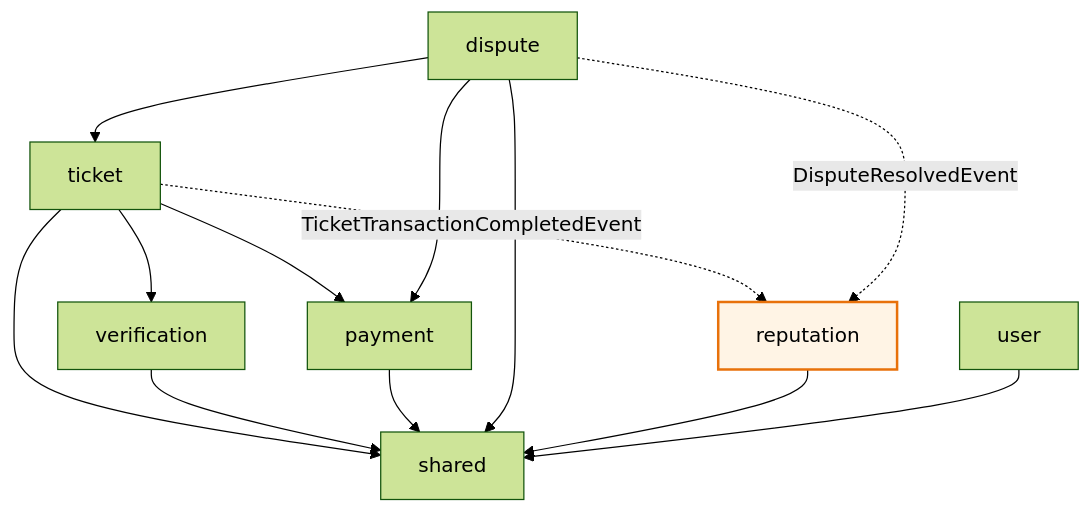
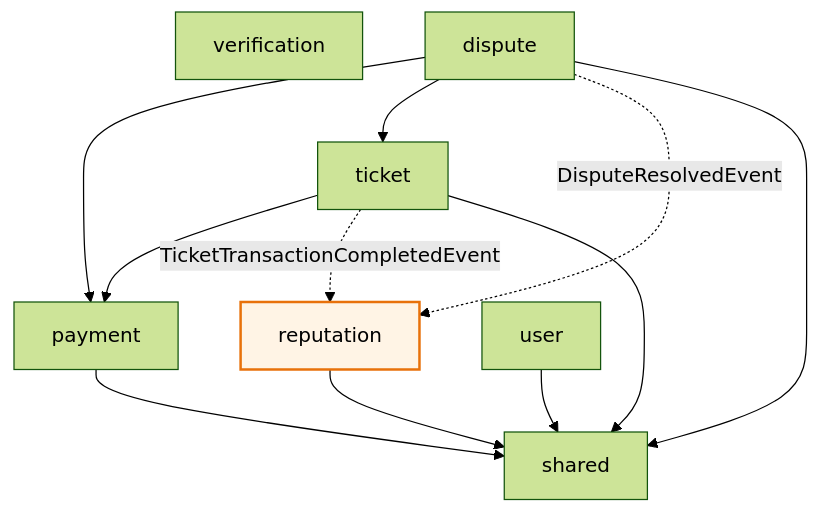
Before and after one commit to KemCheese/project_oop: the second of 2 diagrams in design-note/01-kien-truc-he-thong.md, drawn with Mermaid (forest theme). The commit also changed other lines of this file and 37 other files, not shown here.

````diff
--- a/design-note/01-kien-truc-he-thong.md
+++ b/design-note/01-kien-truc-he-thong.md
@@ -149,28 +146,26 @@
 ```mermaid
 flowchart TD
     ticket["ticket"]
     verification["verification"]
     payment["payment"]
     dispute["dispute"]
     reputation["reputation"]
     user["user"]
     shared["shared"]
 
-    ticket --> verification
     ticket --> payment
     dispute --> payment
     dispute --> ticket
 
     ticket -.->|"TicketTransactionCompletedEvent"| reputation
     dispute -.->|"DisputeResolvedEvent"| reputation
 
     ticket --> shared
-    verification --> shared
     payment --> shared
     dispute --> shared
     reputation --> shared
     user --> shared
 
     classDef evt fill:#fff4e5,stroke:#e8710a,stroke-width:2px
     class reputation evt
 ```
````
